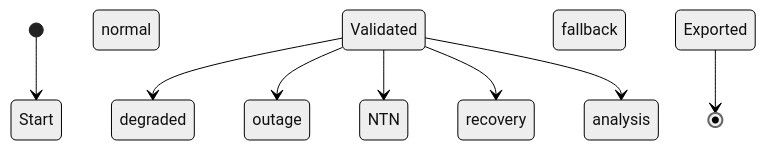
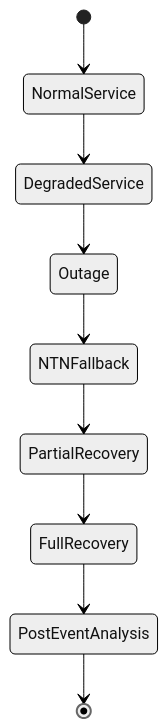
Before and after one commit to gunnchOS3k/ntn-resilience-sim: the diagram in docs/diagrams/state_machine.mmd, drawn with Mermaid (neutral theme). The commit also changed 27 other files, not shown here.

First line of the commit message:
Issue audit pass: repo-specific diagrams, review-ready papers, ISSUE_AUDIT

```diff
--- a/docs/diagrams/state_machine.mmd
+++ b/docs/diagrams/state_machine.mmd
@@ -1,9 +1,9 @@
 stateDiagram-v2
-  [*] --> Start
-  normal
-  Validated --> degraded
-  Validated --> outage
-  Validated --> NTN fallback
-  Validated --> recovery
-  Validated --> analysis
-  Exported --> [*]
+  [*] --> NormalService
+  NormalService --> DegradedService
+  DegradedService --> Outage
+  Outage --> NTNFallback
+  NTNFallback --> PartialRecovery
+  PartialRecovery --> FullRecovery
+  FullRecovery --> PostEventAnalysis
+  PostEventAnalysis --> [*]
```
